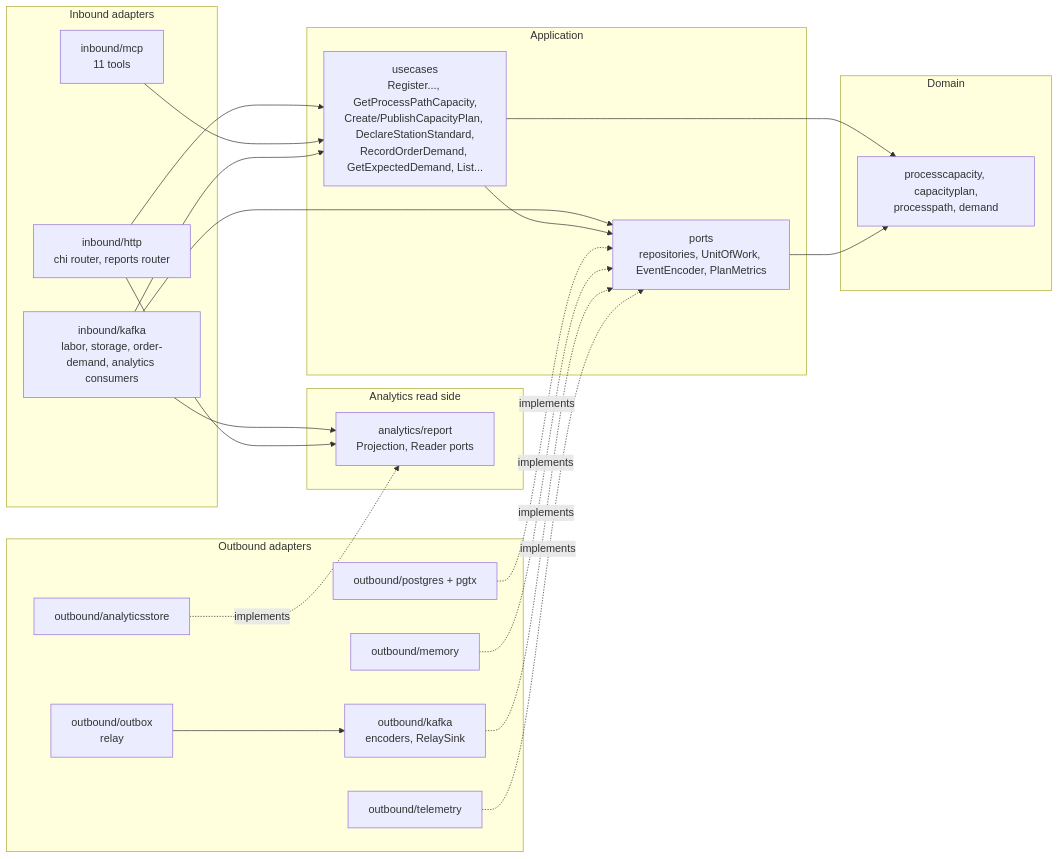
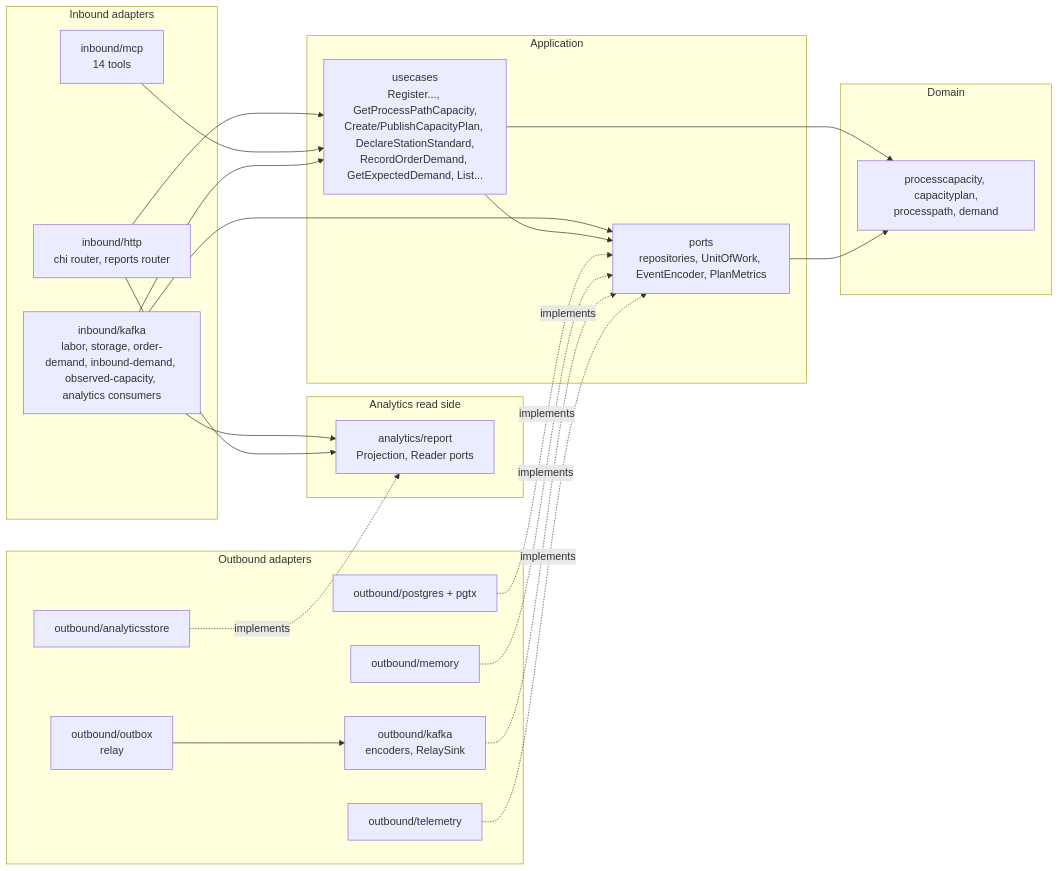
One commit to IQVO/warehouse-docs changed the fourth of 4 diagrams in docs/contexts/warehouse-planning/class-diagram.md. Above: the diagram before and after it, drawn with Mermaid. The commit also changed 237 other files, not shown here.

````diff
--- a/docs/contexts/warehouse-planning/class-diagram.md
+++ b/docs/contexts/warehouse-planning/class-diagram.md
@@ -390,41 +390,41 @@
 ```mermaid
 flowchart LR
   subgraph Inbound adapters
     HTTP["inbound/http<br/>chi router, reports router"]
-    MCPA["inbound/mcp<br/>11 tools"]
-    KIN["inbound/kafka<br/>labor, storage, order-demand, analytics consumers"]
+    MCPA["inbound/mcp<br/>14 tools"]
+    KIN["inbound/kafka<br/>labor, storage, order-demand, inbound-demand, observed-capacity, analytics consumers"]
   end
   subgraph Application
     UC["usecases<br/>Register..., GetProcessPathCapacity,<br/>Create/PublishCapacityPlan, DeclareStationStandard,<br/>RecordOrderDemand, GetExpectedDemand, List..."]
     PORTS["ports<br/>repositories, UnitOfWork, EventEncoder, PlanMetrics"]
   end
   subgraph Domain
     DOM["processcapacity, capacityplan,<br/>processpath, demand"]
   end
   subgraph Analytics read side
     REP["analytics/report<br/>Projection, Reader ports"]
   end
   subgraph Outbound adapters
     PG["outbound/postgres + pgtx"]
     MEM["outbound/memory"]
     KOUT["outbound/kafka<br/>encoders, RelaySink"]
     RELAY["outbound/outbox<br/>relay"]
     TEL["outbound/telemetry"]
     AS["outbound/analyticsstore"]
   end
   HTTP --> UC
   MCPA --> UC
   KIN --> UC
   KIN --> PORTS
   UC --> PORTS
   UC --> DOM
   PORTS --> DOM
   PG -. implements .-> PORTS
   MEM -. implements .-> PORTS
   KOUT -. implements .-> PORTS
   TEL -. implements .-> PORTS
   RELAY --> KOUT
   KIN --> REP
   HTTP --> REP
   AS -. implements .-> REP
 ```
````
